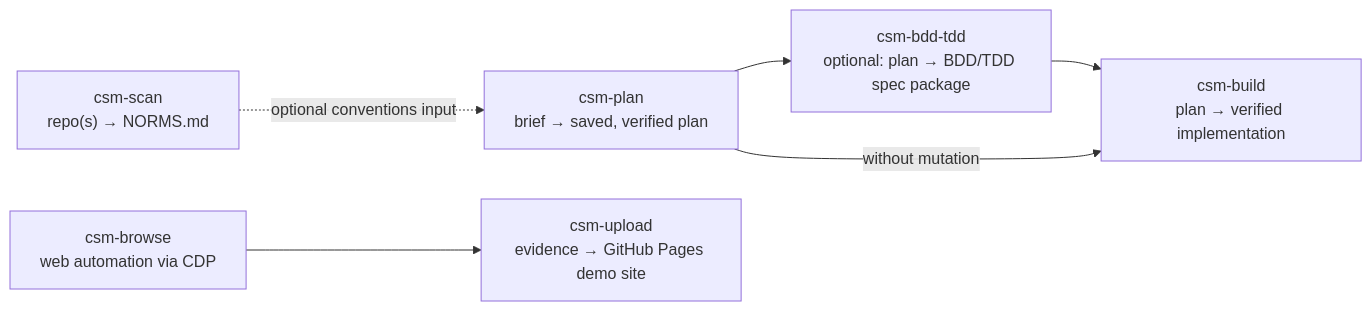
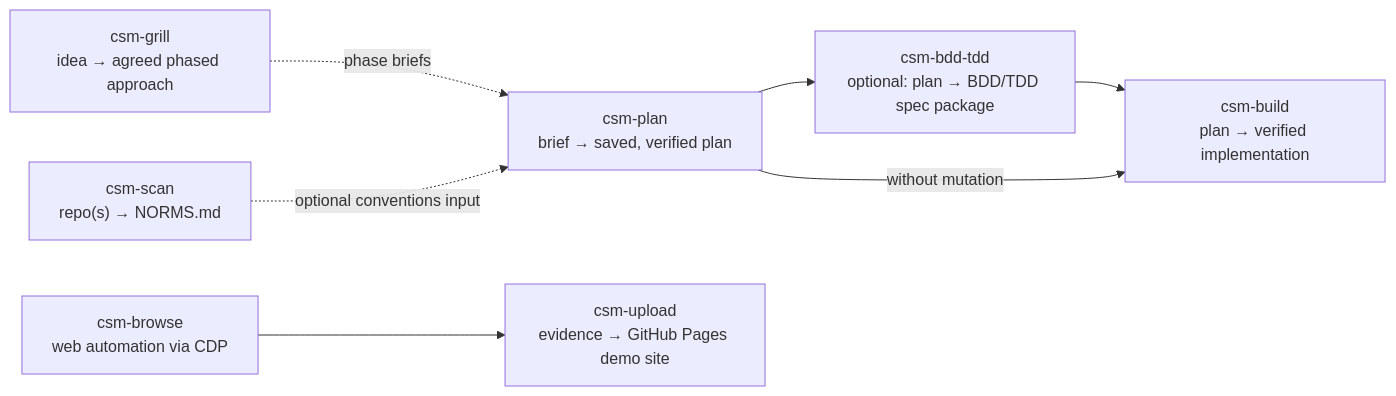
The diagram in README.md (jamiemills/opencode-skills), drawn with Mermaid before and after one commit. The commit also changed other lines of this file and 2 other files, not shown here.

Commit message:
csm-grill: SKILL.md + README coverage (plan csm-grill-skill, cycle 1)

````diff
--- a/README.md
+++ b/README.md
@@ -24,8 +25,9 @@
 ```mermaid
 flowchart LR
-    scan["csm-scan<br/>repo(s) → NORMS.md"] -.->|"optional conventions input"| plan["csm-plan<br/>brief → saved, verified plan"]
+    grill["csm-grill<br/>idea → agreed phased approach"] -.->|"phase briefs"| plan["csm-plan<br/>brief → saved, verified plan"]
+    scan["csm-scan<br/>repo(s) → NORMS.md"] -.->|"optional conventions input"| plan
     plan --> bdd["csm-bdd-tdd<br/>optional: plan → BDD/TDD spec package"]
     bdd --> build["csm-build<br/>plan → verified implementation"]
     plan -->|"without mutation"| build
     browse["csm-browse<br/>web automation via CDP"] --> upload["csm-upload<br/>evidence → GitHub Pages demo site"]
 ```
````
